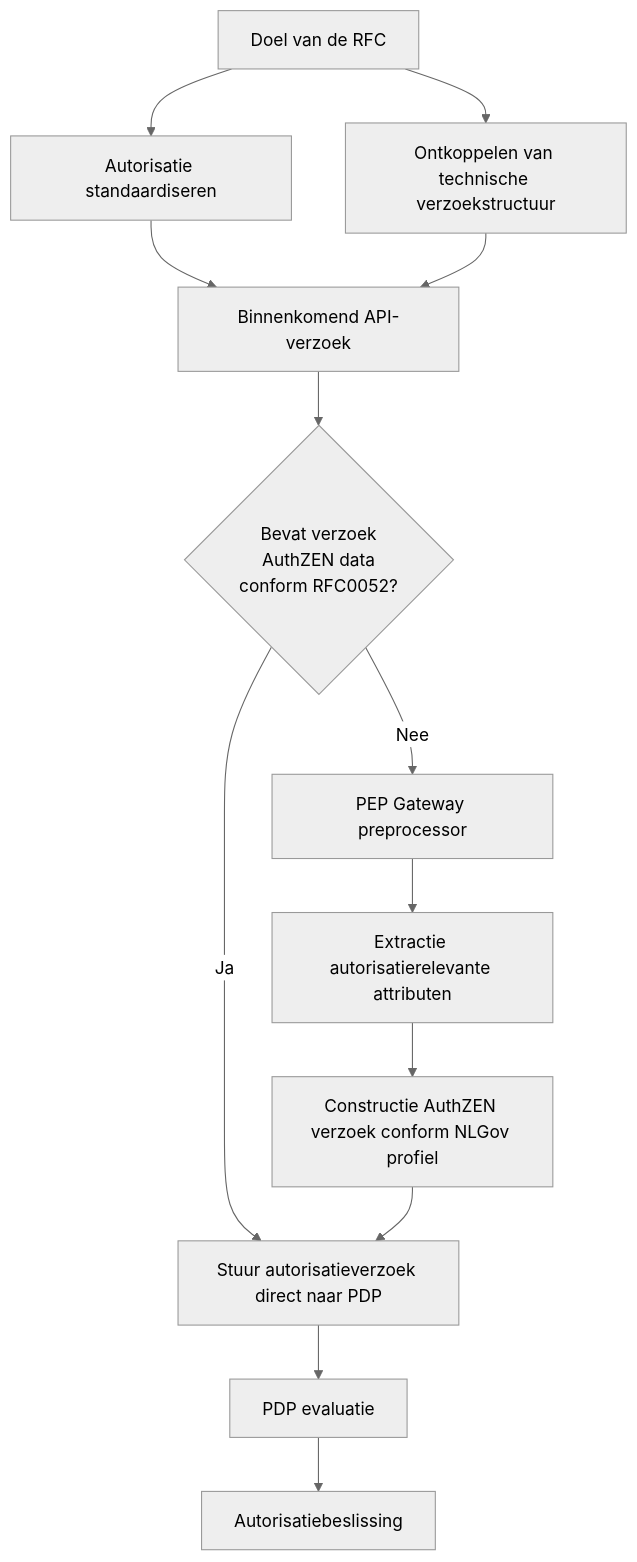
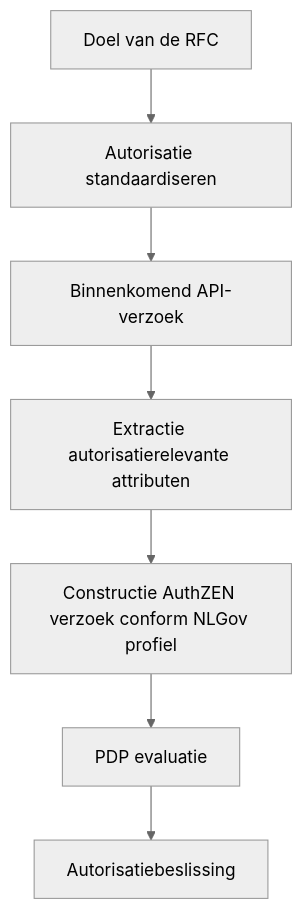
Before and after one commit to iStandaarden/iWlz-RequestForComment: the first of 3 diagrams in RFC/RFC0052 - Autorisatie standaardisatie.md, drawn with Mermaid (neutral theme). The commit also changed other lines of this file and 9 other files, not shown here.

````diff
--- a/RFC/RFC0052 - Autorisatie standaardisatie.md
+++ b/RFC/RFC0052 - Autorisatie standaardisatie.md
@@ -14,20 +15,11 @@
 ``` mermaid
 flowchart TD
     A[Doel van de RFC] --> B[Autorisatie standaardiseren]
-    A --> C[Ontkoppelen van technische verzoekstructuur]
 
     B --> D[Binnenkomend API-verzoek]
-    C --> D
+    D --> H[Extractie autorisatierelevante attributen]
 
-    D --> E{Bevat verzoek<br/>AuthZEN data<br/>conform RFC0052?}
-
-    E -->|Ja| F[Stuur autorisatieverzoek direct naar PDP]
-
-    E -->|Nee| G[PEP Gateway preprocessor]
-    G --> H[Extractie autorisatierelevante attributen]
     H --> I[Constructie AuthZEN verzoek conform NLGov profiel]
-    I --> F
-
-    F --> J[PDP evaluatie]
+    I --> J[PDP evaluatie]
     J --> K[Autorisatiebeslissing]
 ```
````
